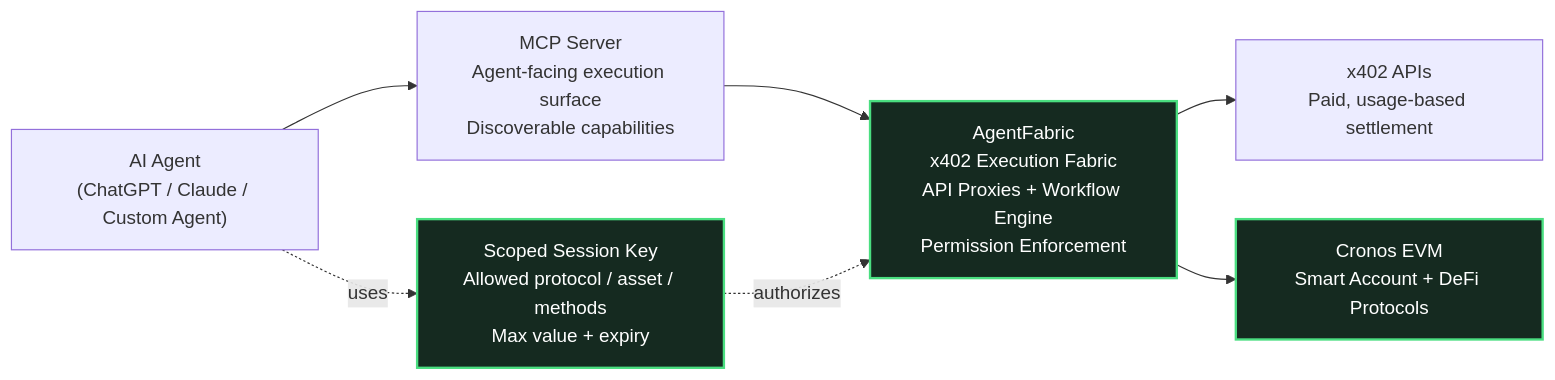
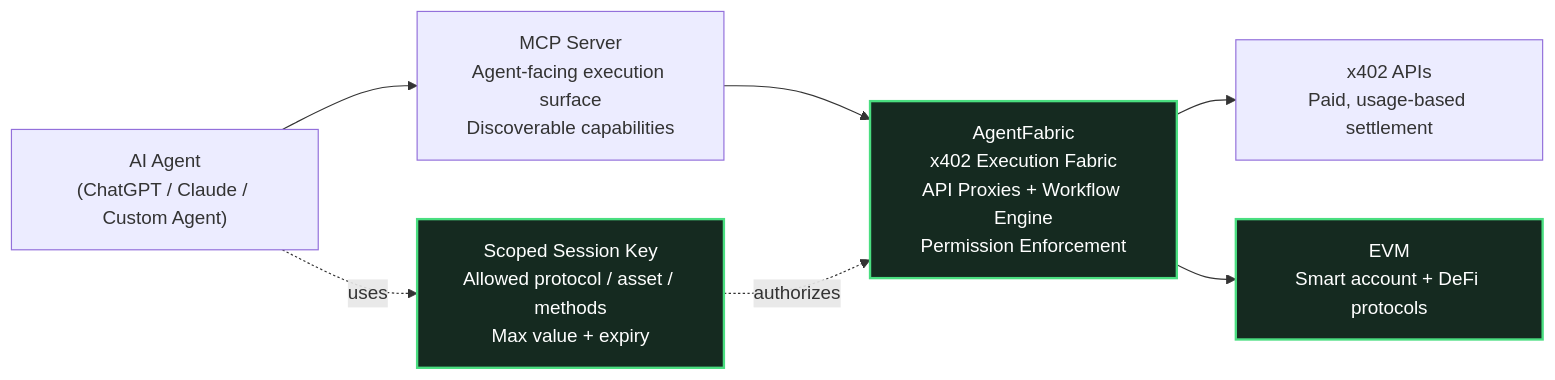
Before and after one commit to hoepeyemi/bonzo: the fourth of 4 diagrams in README.md, drawn with Mermaid. The commit also changed other lines of this file and 70 other files, not shown here.

````diff
--- a/README.md
+++ b/README.md
@@ -171,13 +171,13 @@
 ```mermaid
 flowchart LR
   AG["AI Agent\n(ChatGPT / Claude / Custom Agent)"] --> MCP["MCP Server\nAgent-facing execution surface\nDiscoverable capabilities"]
   MCP --> AF["AgentFabric\nx402 Execution Fabric\nAPI Proxies + Workflow Engine\nPermission Enforcement"]:::good
   AF --> X402["x402 APIs\nPaid, usage-based settlement"]
-  AF --> CR["Cronos EVM\nSmart Account + DeFi Protocols"]:::good
+  AF --> CR["EVM\nSmart account + DeFi protocols"]:::good
 
   SK["Scoped Session Key\nAllowed protocol / asset / methods\nMax value + expiry"]:::good
   AG -. uses .-> SK
   SK -. authorizes .-> AF
 
   classDef good fill:#152a20,stroke:#4ade80,stroke-width:2px,color:#ffffff;
 ```
````
